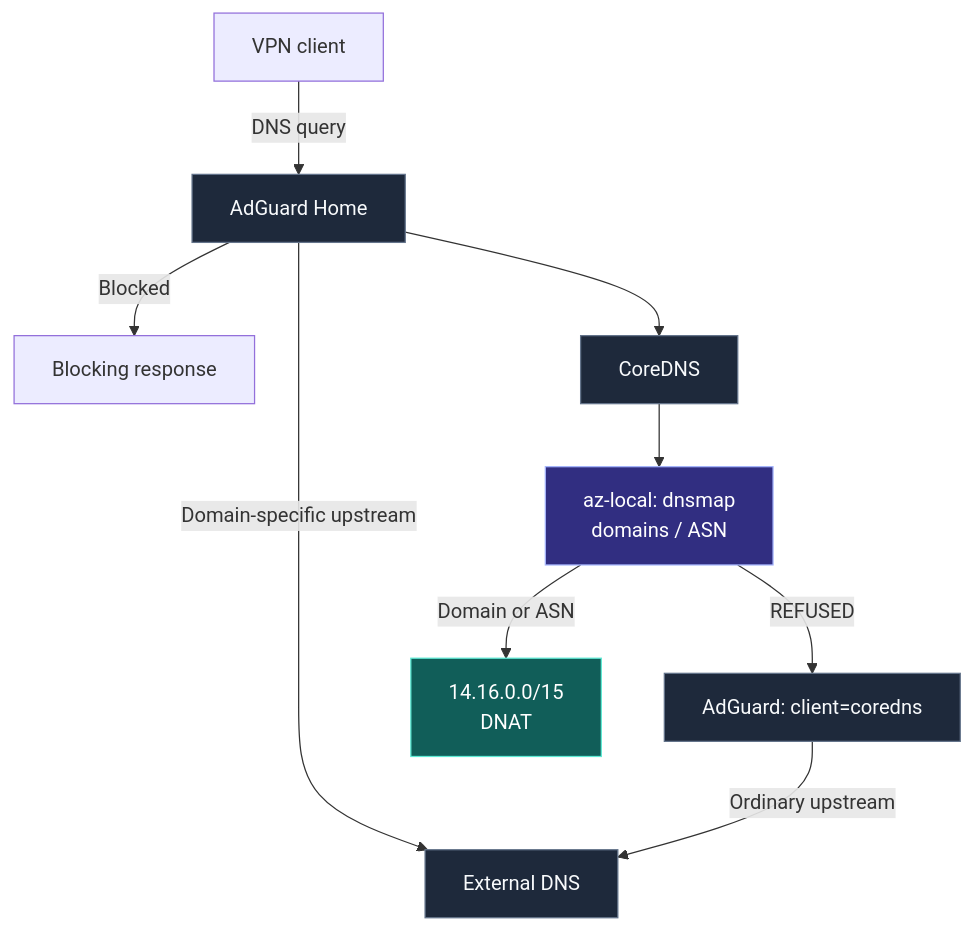
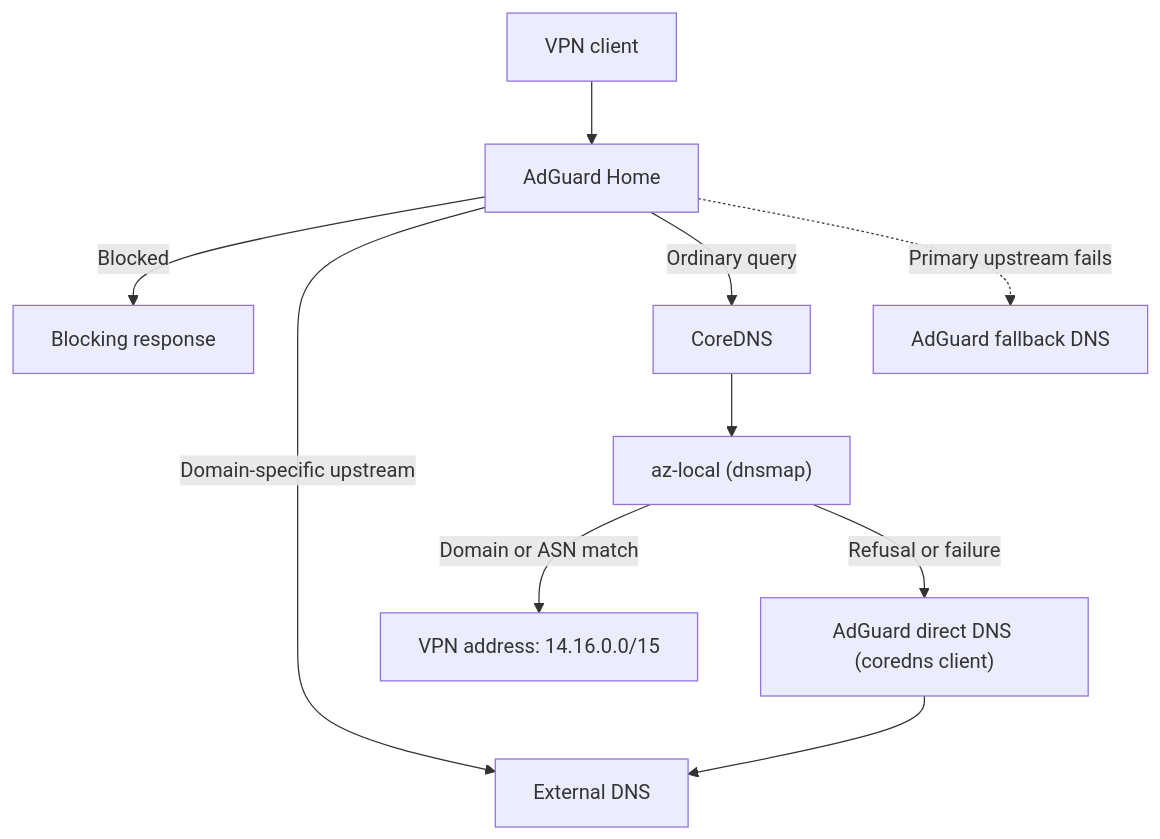
One commit to xtrime-ru/antizapret-vpn-docker changed the second of 3 diagrams in README.md. Above: the diagram before and after it, drawn with Mermaid. The commit also changed other lines of this file and 1 other file, not shown here.

````diff
--- a/README.md
+++ b/README.md
@@ -817,18 +810,12 @@
 ```mermaid
 flowchart TB
-    client["VPN client"] -->|DNS query| adguard["AdGuard Home"]
-    adguard -->|Blocked| deny["Blocking response"]
+    client["VPN client"] --> adguard["AdGuard Home"]
+    adguard -->|Blocked| blocked["Blocking response"]
     adguard -->|Domain-specific upstream| external["External DNS"]
-    adguard --> core["CoreDNS"]
-    core --> local
-    local["az-local: dnsmap<br/>domains / ASN"]
-    local -->|Domain or ASN| localip["14.16.0.0/15<br/>DNAT"]
-    local -->|REFUSED| retry["AdGuard: client=coredns"]
-    retry -->|Ordinary upstream| external
-    classDef service fill:#1e293b,stroke:#64748b,color:#f8fafc
-    classDef exit fill:#312e81,stroke:#a5b4fc,color:#ffffff
-    classDef mapped fill:#115e59,stroke:#5eead4,color:#ffffff
-    class adguard,core,retry,external service
-    class local exit
-    class localip mapped
+    adguard -->|Ordinary query| core["CoreDNS"]
+    core --> local_exit["az-local (dnsmap)"]
+    local_exit -->|Domain or ASN match| local_ip["VPN address: 14.16.0.0/15"]
+    local_exit -->|Refusal or failure| direct_dns["AdGuard direct DNS (coredns client)"]
+    direct_dns --> external
+    adguard -.->|Primary upstream fails| fallback_dns["AdGuard fallback DNS"]
 ```
````
